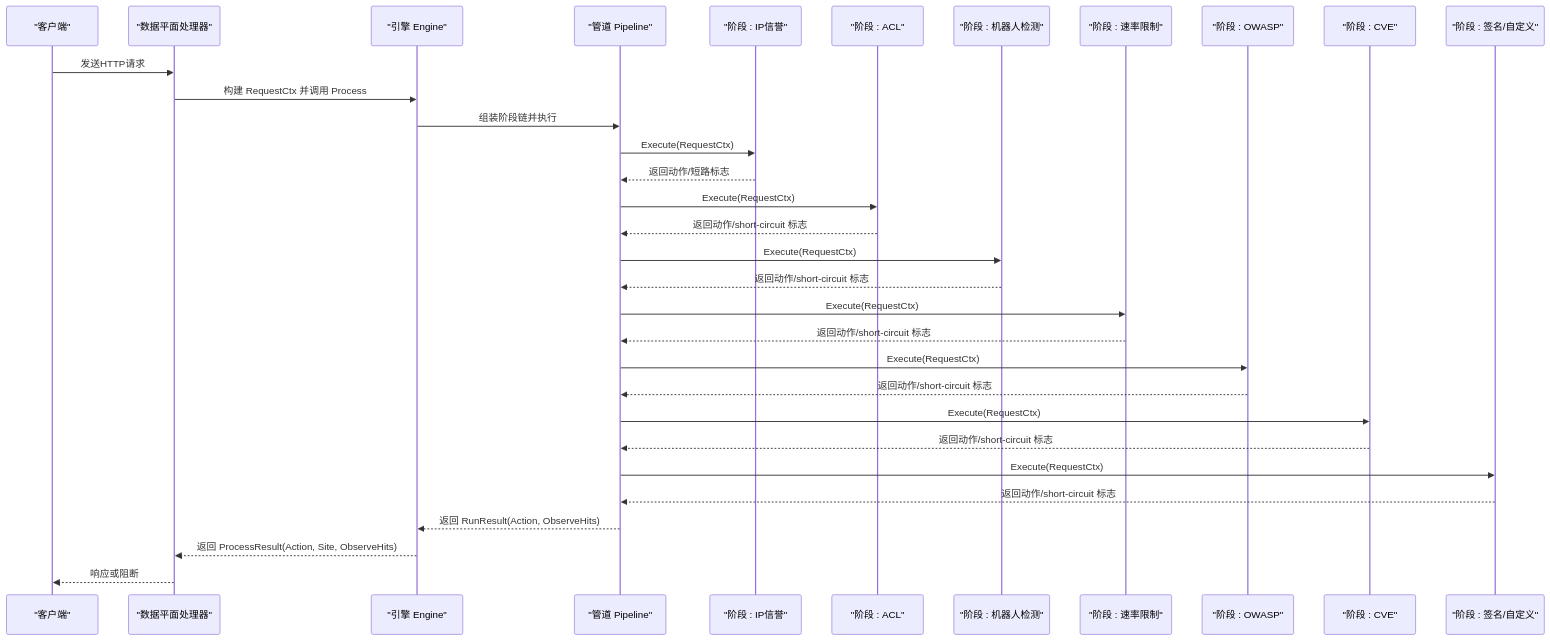
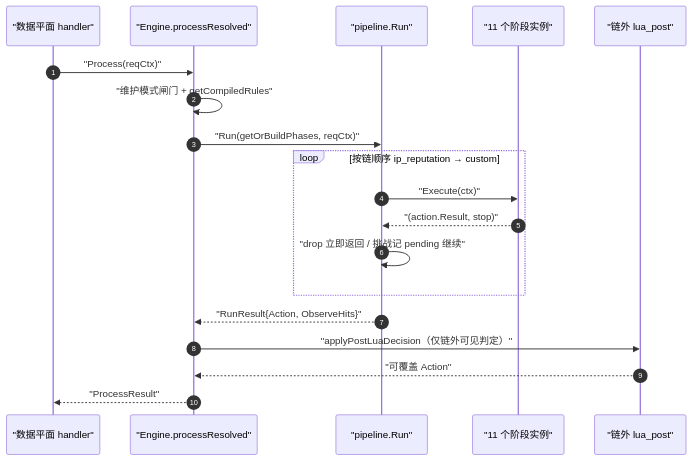
One commit to x01n/My-OpenWaf changed the third of 8 diagrams in docs/扩展与插件系统/规则引擎扩展/执行阶段系统.md. Above: the diagram before and after it, drawn with Mermaid. The commit also changed other lines of this file and 622 other files, not shown here.

````diff
--- a/docs/扩展与插件系统/规则引擎扩展/执行阶段系统.md
+++ b/docs/扩展与插件系统/规则引擎扩展/执行阶段系统.md
@@ -112,34 +211,21 @@
 ```mermaid
 sequenceDiagram
-participant Client as "客户端"
-participant DP as "数据平面处理器"
-participant ENG as "引擎 Engine"
-participant PIPE as "管道 Pipeline"
-participant PH1 as "阶段 : IP信誉"
-participant PH2 as "阶段 : ACL"
-participant PH3 as "阶段 : 机器人检测"
-participant PH4 as "阶段 : 速率限制"
-participant PH5 as "阶段 : OWASP"
-participant PH6 as "阶段 : CVE"
-participant PH7 as "阶段 : 签名/自定义"
-Client->>DP : 发送HTTP请求
-DP->>ENG : 构建 RequestCtx 并调用 Process
-ENG->>PIPE : 组装阶段链并执行
-PIPE->>PH1 : Execute(RequestCtx)
-PH1-->>PIPE : 返回动作/短路标志
-PIPE->>PH2 : Execute(RequestCtx)
-PH2-->>PIPE : 返回动作/short-circuit 标志
-PIPE->>PH3 : Execute(RequestCtx)
-PH3-->>PIPE : 返回动作/short-circuit 标志
-PIPE->>PH4 : Execute(RequestCtx)
-PH4-->>PIPE : 返回动作/short-circuit 标志
-PIPE->>PH5 : Execute(RequestCtx)
-PH5-->>PIPE : 返回动作/short-circuit 标志
-PIPE->>PH6 : Execute(RequestCtx)
-PH6-->>PIPE : 返回动作/short-circuit 标志
-PIPE->>PH7 : Execute(RequestCtx)
-PH7-->>PIPE : 返回动作/short-circuit 标志
-PIPE-->>ENG : 返回 RunResult(Action, ObserveHits)
-ENG-->>DP : 返回 ProcessResult(Action, Site, ObserveHits)
-DP-->>Client : 响应或阻断
+autonumber
+participant DP as "数据平面 handler"
+participant ENG as "Engine.processResolved"
+participant RUN as "pipeline.Run"
+participant CH as "11 个阶段实例"
+participant POST as "链外 lua_post"
+DP->>ENG : "Process(reqCtx)"
+ENG->>ENG : "维护模式闸门 + getCompiledRules"
+ENG->>RUN : "Run(getOrBuildPhases, reqCtx)"
+loop 按链顺序 ip_reputation → custom
+RUN->>CH : "Execute(ctx)"
+CH-->>RUN : "(action.Result, stop)"
+RUN->>RUN : "drop 立即返回 / 挑战记 pending 继续"
+end
+RUN-->>ENG : "RunResult{Action, ObserveHits}"
+ENG->>POST : "applyPostLuaDecision（仅链外可见判定）"
+POST-->>ENG : "可覆盖 Action"
+ENG-->>DP : "ProcessResult"
 ```
````
